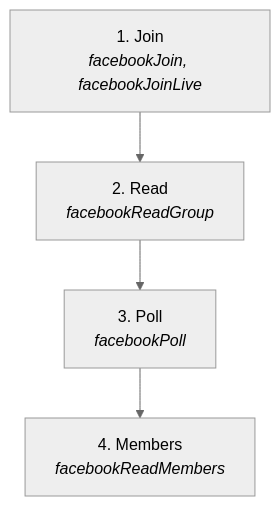
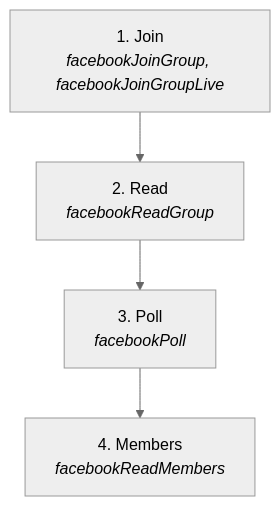
Before and after one commit to matthewdonsemail-lab/log: the second of 2 diagrams in docs/useCases/facebook/groups.md, drawn with Mermaid (neutral theme). The commit also changed other lines of this file and 121 other files, not shown here.

````diff
--- a/docs/useCases/facebook/groups.md
+++ b/docs/useCases/facebook/groups.md
@@ -21,10 +21,10 @@
 ```mermaid
 flowchart TD
-  s0["1. Join<br/><i>facebookJoin, facebookJoinLive</i>"]
+  s0["1. Join<br/><i>facebookJoinGroup, facebookJoinGroupLive</i>"]
   s1["2. Read<br/><i>facebookReadGroup</i>"]
   s2["3. Poll<br/><i>facebookPoll</i>"]
   s3["4. Members<br/><i>facebookReadMembers</i>"]
   s0 --> s1
   s1 --> s2
   s2 --> s3
 ```
````
